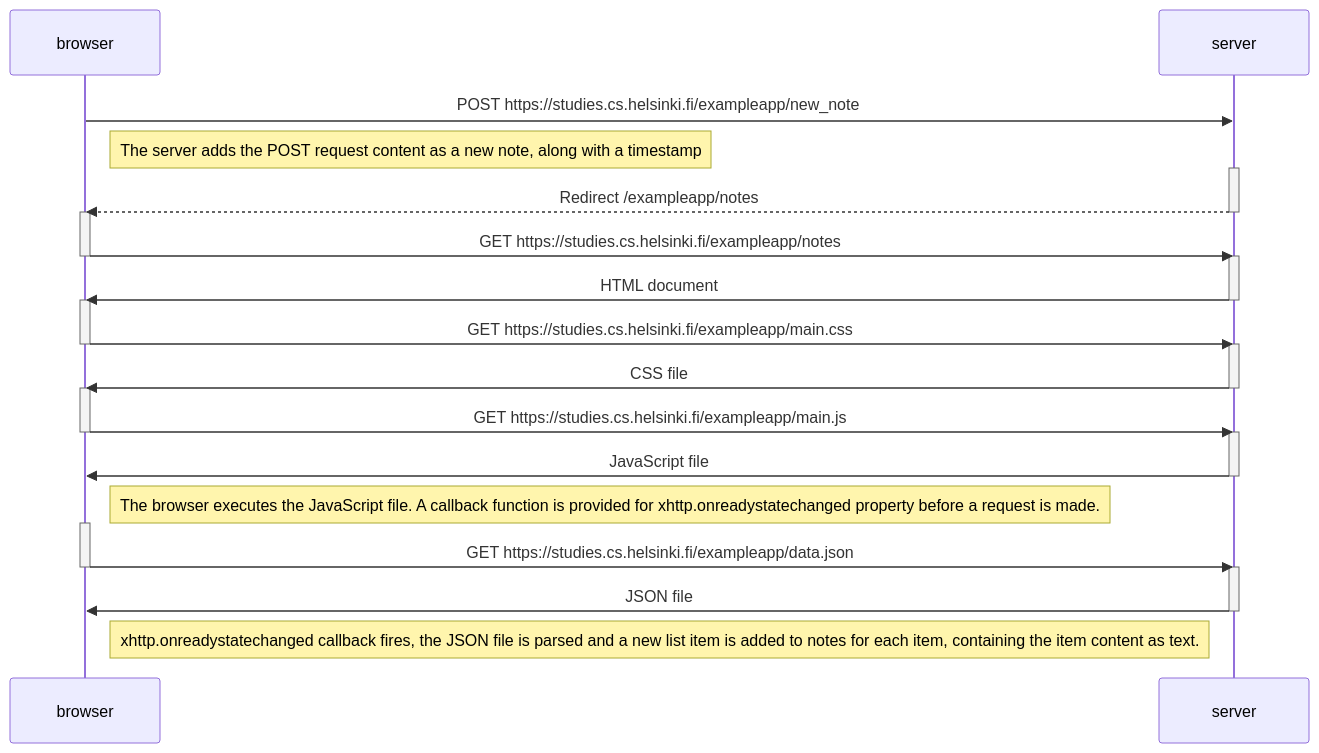
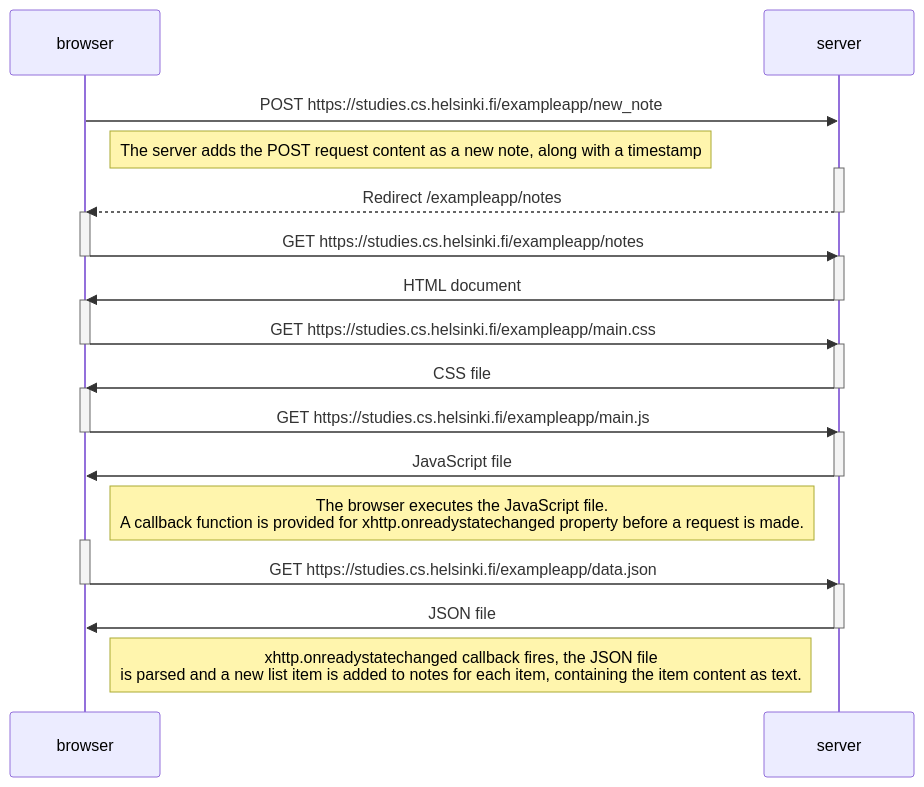
One commit to Willowfang/FullStackOpen changed the first of 2 diagrams in osa0/README.md. Above: the diagram before and after it, drawn with Mermaid.

````diff
--- a/osa0/README.md
+++ b/osa0/README.md
@@ -3,48 +3,48 @@
 ```mermaid
 sequenceDiagram
     participant browser
     participant server
 
     browser->>server: POST https://studies.cs.helsinki.fi/exampleapp/new_note
     Note right of browser: The server adds the POST request content as a new note, along with a timestamp
 
     activate server
     server-->>browser: Redirect /exampleapp/notes
     deactivate server
 
     activate browser
     browser->>server: GET https://studies.cs.helsinki.fi/exampleapp/notes
     deactivate browser
 
     activate server
     server->>browser: HTML document
     deactivate server
 
     activate browser
     browser->>server: GET https://studies.cs.helsinki.fi/exampleapp/main.css
     deactivate browser
 
     activate server
     server->>browser: CSS file
     deactivate server
 
     activate browser
     browser->>server: GET https://studies.cs.helsinki.fi/exampleapp/main.js
     deactivate browser
 
     activate server
     server->>browser: JavaScript file
     deactivate server
 
-    Note right of browser: The browser executes the JavaScript file. A callback function is provided for xhttp.onreadystatechanged property before a request is made.
+    Note right of browser: The browser executes the JavaScript file.<br/>A callback function is provided for xhttp.onreadystatechanged property before a request is made.
 
     activate browser
     browser->>server: GET https://studies.cs.helsinki.fi/exampleapp/data.json
     deactivate browser
 
     activate server
     server->>browser: JSON file
     deactivate server
 
-    Note right of browser: xhttp.onreadystatechanged callback fires, the JSON file is parsed and a new list item is added to notes for each item, containing the item content as text.
+    Note right of browser: xhttp.onreadystatechanged callback fires, the JSON file<br/>is parsed and a new list item is added to notes for each item, containing the item content as text.
 ```
````
